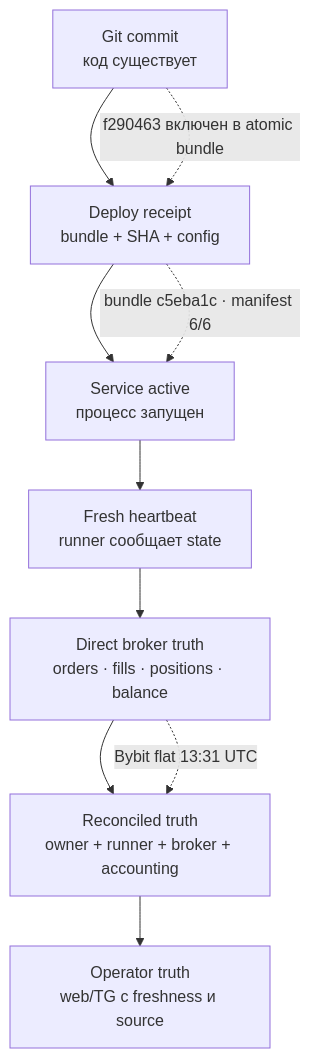
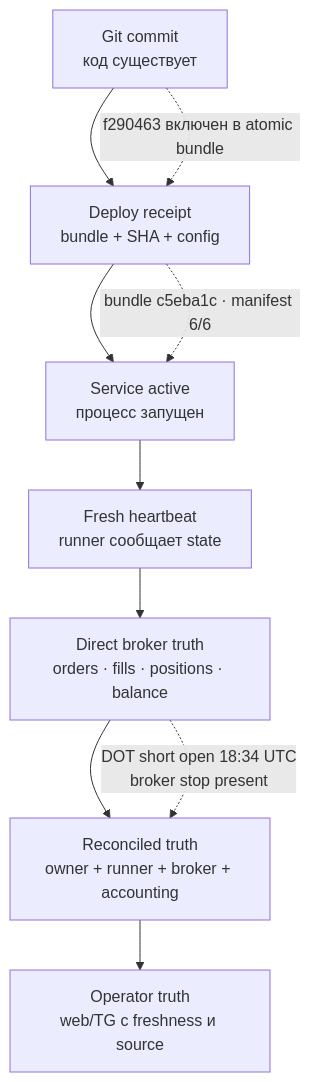
Before and after one commit to Brokenbass90/by-bot: the second of 6 diagrams in reports/CODEX_PROJECT_VISUAL_MAP_2026_08_10.md, drawn with Mermaid. The commit also changed other lines of this file and 68 other files, not shown here.

````diff
--- a/reports/CODEX_PROJECT_VISUAL_MAP_2026_08_10.md
+++ b/reports/CODEX_PROJECT_VISUAL_MAP_2026_08_10.md
@@ -26,13 +26,13 @@
 ```mermaid
 flowchart TD
     G["Git commit<br/>код существует"] --> P["Deploy receipt<br/>bundle + SHA + config"]
     P --> S["Service active<br/>процесс запущен"]
     S --> HB["Fresh heartbeat<br/>runner сообщает state"]
     HB --> BR["Direct broker truth<br/>orders · fills · positions · balance"]
     BR --> RC["Reconciled truth<br/>owner + runner + broker + accounting"]
     RC --> UI["Operator truth<br/>web/TG с freshness и source"]
 
     G -. "f290463 включен в atomic bundle" .-> P
     P -. "bundle c5eba1c · manifest 6/6" .-> S
-    BR -. "Bybit flat 13:31 UTC" .-> RC
+    BR -. "DOT short open 18:34 UTC<br/>broker stop present" .-> RC
 ```
````
